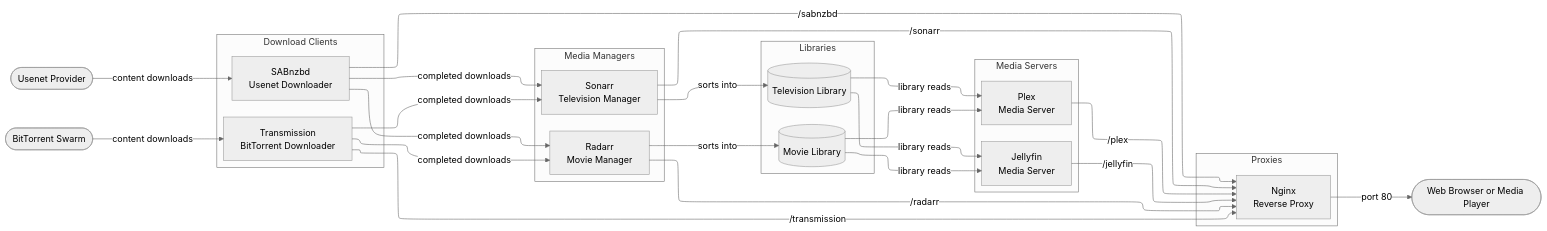
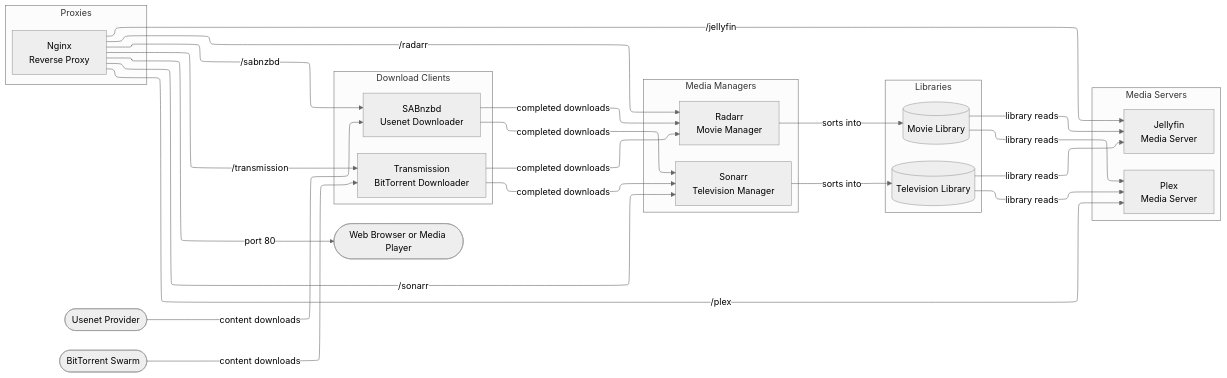
The diagram in README.md (evinowen/bragi), drawn with Mermaid (neutral theme) before and after one commit.

Commit message:
Flip Nginx proxy arrows to point from Nginx to the services it proxies

````diff
--- a/README.md
+++ b/README.md
@@ -20,58 +20,58 @@
 ```mermaid
 %%{init: {'flowchart': {'defaultRenderer': 'elk'}}}%%
 flowchart LR
     UP([Usenet Provider])
     BT_SRC([BitTorrent Swarm])
 
     subgraph downloaders[Download Clients]
         direction TB
         SAB["SABnzbd<br>Usenet Downloader"]
         TRN["Transmission<br>BitTorrent Downloader"]
     end
 
     subgraph managers[Media Managers]
         direction TB
         SON["Sonarr<br>Television Manager"]
         RAD["Radarr<br>Movie Manager"]
     end
 
     subgraph libraries[Libraries]
         direction TB
         TL[(Television Library)]
         ML[(Movie Library)]
     end
 
     subgraph servers[Media Servers]
         direction TB
         JF["Jellyfin<br>Media Server"]
         PL["Plex<br>Media Server"]
     end
 
     subgraph proxies[Proxies]
         direction TB
         NGX["Nginx<br>Reverse Proxy"]
     end
 
     CLIENT([Web Browser or Media Player])
 
     UP -->|content downloads| SAB
     BT_SRC -->|content downloads| TRN
     SAB -->|completed downloads| SON
     SAB -->|completed downloads| RAD
     TRN -->|completed downloads| SON
     TRN -->|completed downloads| RAD
     SON -->|sorts into| TL
     RAD -->|sorts into| ML
     TL -->|library reads| JF
     ML -->|library reads| JF
     TL -->|library reads| PL
     ML -->|library reads| PL
 
-    SAB -->|/sabnzbd| NGX
-    TRN -->|/transmission| NGX
-    SON -->|/sonarr| NGX
-    RAD -->|/radarr| NGX
-    JF -->|/jellyfin| NGX
-    PL -->|/plex| NGX
+    NGX -->|/sabnzbd| SAB
+    NGX -->|/transmission| TRN
+    NGX -->|/sonarr| SON
+    NGX -->|/radarr| RAD
+    NGX -->|/jellyfin| JF
+    NGX -->|/plex| PL
     NGX -->|port 80| CLIENT
 ```
````
